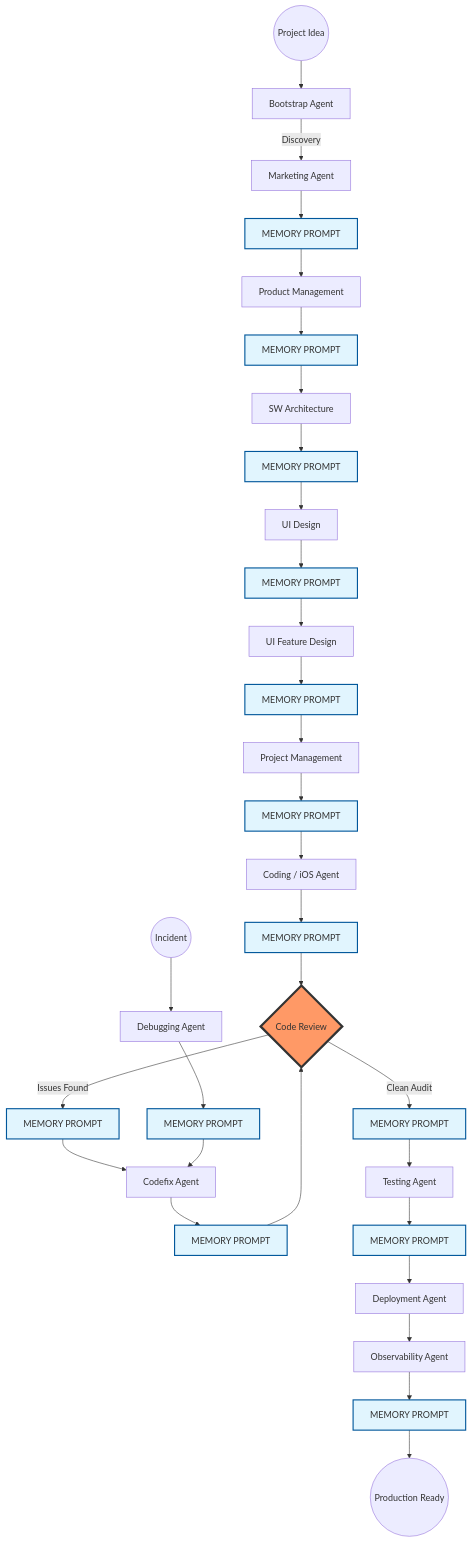
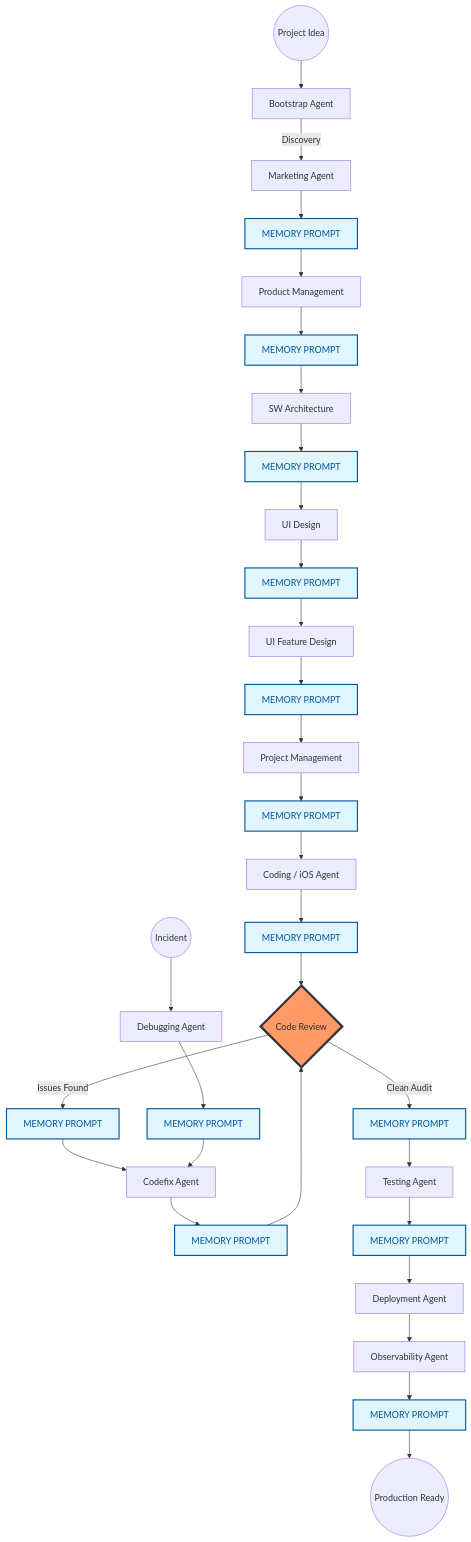
Before and after one commit to mario-guerra/saas-squad: the diagram in README.md, drawn with Mermaid.

Commit message:
Docs: Set dark text color for Mermaid memory blocks for better contrast.

````diff
--- a/README.md
+++ b/README.md
@@ -42,60 +42,60 @@
 ```mermaid
 graph TD
     %% Phase 1: Strategy
     START((Project Idea)) --> BOOTSTRAP[Bootstrap Agent]
     BOOTSTRAP --> |Discovery| MKT[Marketing Agent]
     MKT --> MEM1[MEMORY PROMPT]
     MEM1 --> PM[Product Management]
     
     %% Phase 2: Design
     PM --> MEM2[MEMORY PROMPT]
     MEM2 --> ARCH[SW Architecture]
     ARCH --> MEM3[MEMORY PROMPT]
     MEM3 --> UI[UI Design]
     UI --> MEM4[MEMORY PROMPT]
     MEM4 --> FEAT[UI Feature Design]
     
     %% Phase 3: Planning & Execution
     FEAT --> MEM5[MEMORY PROMPT]
     MEM5 --> TPM[Project Management]
     TPM --> MEM6[MEMORY PROMPT]
     MEM6 --> CODE[Coding / iOS Agent]
     
     %% Phase 4: Quality Loop (The Tight Loop)
     CODE --> MEM7[MEMORY PROMPT]
     MEM7 --> REVIEW{Code Review}
     REVIEW --> |Issues Found| MEM8[MEMORY PROMPT]
     MEM8 --> FIX[Codefix Agent]
     FIX --> MEM9[MEMORY PROMPT]
     MEM9 --> REVIEW
     
     %% Phase 5: Verification & Deploy
     REVIEW --> |Clean Audit| MEM10[MEMORY PROMPT]
     MEM10 --> TEST[Testing Agent]
     TEST --> MEM11[MEMORY PROMPT]
     MEM11 --> DEPLOY[Deployment Agent]
     DEPLOY --> OBS[Observability Agent]
     OBS --> MEM_FINAL[MEMORY PROMPT]
     MEM_FINAL --> END((Production Ready))
 
     %% Debug Loop
     BUG((Incident)) --> DEBUG[Debugging Agent]
     DEBUG --> MEM_DEBUG[MEMORY PROMPT]
     MEM_DEBUG --> FIX
     
     %% Styling
-    style MEM1 fill:#e1f5fe,stroke:#01579b,stroke-width:2px
-    style MEM2 fill:#e1f5fe,stroke:#01579b,stroke-width:2px
-    style MEM3 fill:#e1f5fe,stroke:#01579b,stroke-width:2px
-    style MEM4 fill:#e1f5fe,stroke:#01579b,stroke-width:2px
-    style MEM5 fill:#e1f5fe,stroke:#01579b,stroke-width:2px
-    style MEM6 fill:#e1f5fe,stroke:#01579b,stroke-width:2px
-    style MEM7 fill:#e1f5fe,stroke:#01579b,stroke-width:2px
-    style MEM8 fill:#e1f5fe,stroke:#01579b,stroke-width:2px
-    style MEM9 fill:#e1f5fe,stroke:#01579b,stroke-width:2px
-    style MEM10 fill:#e1f5fe,stroke:#01579b,stroke-width:2px
-    style MEM11 fill:#e1f5fe,stroke:#01579b,stroke-width:2px
-    style MEM_FINAL fill:#e1f5fe,stroke:#01579b,stroke-width:2px
-    style MEM_DEBUG fill:#e1f5fe,stroke:#01579b,stroke-width:2px
+    style MEM1 fill:#e1f5fe,stroke:#01579b,stroke-width:2px,color:#01579b
+    style MEM2 fill:#e1f5fe,stroke:#01579b,stroke-width:2px,color:#01579b
+    style MEM3 fill:#e1f5fe,stroke:#01579b,stroke-width:2px,color:#01579b
+    style MEM4 fill:#e1f5fe,stroke:#01579b,stroke-width:2px,color:#01579b
+    style MEM5 fill:#e1f5fe,stroke:#01579b,stroke-width:2px,color:#01579b
+    style MEM6 fill:#e1f5fe,stroke:#01579b,stroke-width:2px,color:#01579b
+    style MEM7 fill:#e1f5fe,stroke:#01579b,stroke-width:2px,color:#01579b
+    style MEM8 fill:#e1f5fe,stroke:#01579b,stroke-width:2px,color:#01579b
+    style MEM9 fill:#e1f5fe,stroke:#01579b,stroke-width:2px,color:#01579b
+    style MEM10 fill:#e1f5fe,stroke:#01579b,stroke-width:2px,color:#01579b
+    style MEM11 fill:#e1f5fe,stroke:#01579b,stroke-width:2px,color:#01579b
+    style MEM_FINAL fill:#e1f5fe,stroke:#01579b,stroke-width:2px,color:#01579b
+    style MEM_DEBUG fill:#e1f5fe,stroke:#01579b,stroke-width:2px,color:#01579b
     style REVIEW fill:#f96,stroke:#333,stroke-width:4px
 ```
````
